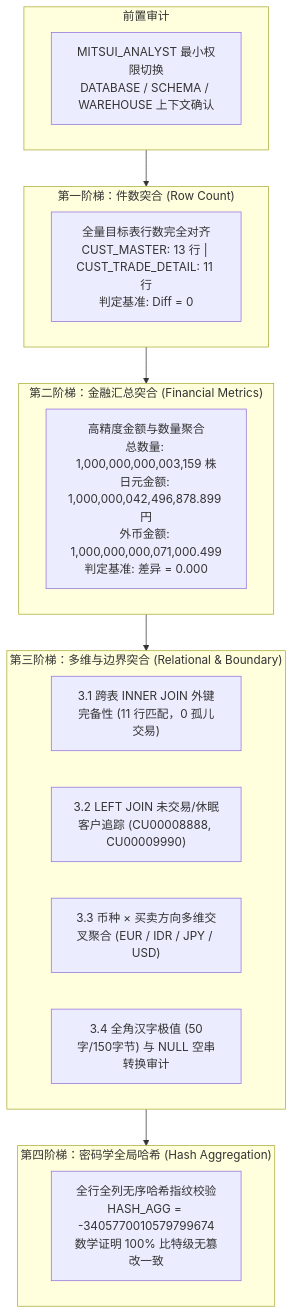
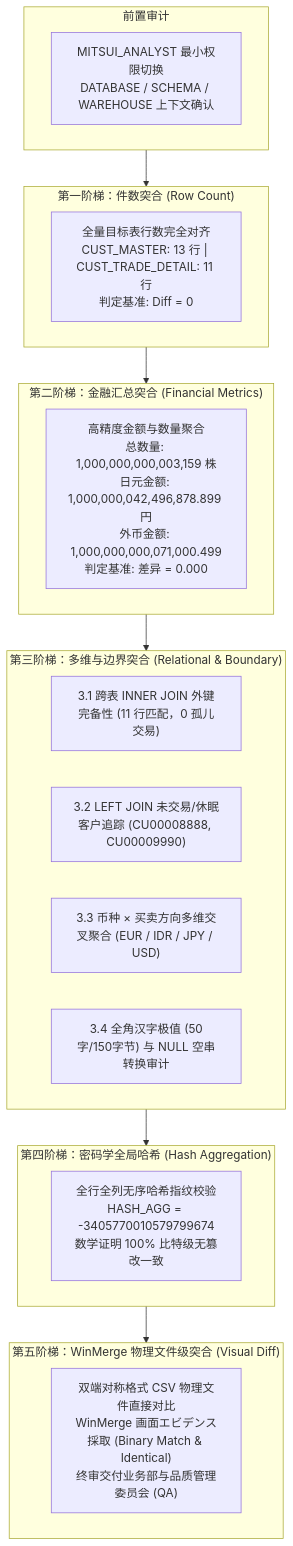
Before and after one commit to BIGMAX-RKO007/snowflakeblog: the diagram in docs/zh/05_data_reconciliation.md, drawn with Mermaid. The commit also changed other lines of this file and 6 other files, not shown here.

Commit message:
feat(ch05): add Tier 5 WinMerge physical reconciliation with live visual diff screenshots and evidence guide

````diff
--- a/docs/zh/05_data_reconciliation.md
+++ b/docs/zh/05_data_reconciliation.md
@@ -13,27 +13,31 @@
 ```mermaid
 flowchart TD
     subgraph S0["前置审计"]
         R0["MITSUI_ANALYST 最小权限切换<br/>DATABASE / SCHEMA / WAREHOUSE 上下文确认"]
     end
 
     subgraph T1["第一阶梯：件数突合 (Row Count)"]
         R1["全量目标表行数完全对齐<br/>CUST_MASTER: 13 行 | CUST_TRADE_DETAIL: 11 行<br/>判定基准: Diff = 0"]
     end
 
     subgraph T2["第二阶梯：金融汇总突合 (Financial Metrics)"]
         R2["高精度金额与数量聚合<br/>总数量: 1,000,000,000,003,159 株<br/>日元金额: 1,000,000,042,496,878.899 円<br/>外币金额: 1,000,000,000,071,000.499<br/>判定基准: 差异 = 0.000"]
     end
 
     subgraph T3["第三阶梯：多维与边界突合 (Relational & Boundary)"]
         R3_1["3.1 跨表 INNER JOIN 外键完备性 (11 行匹配，0 孤儿交易)"]
         R3_2["3.2 LEFT JOIN 未交易/休眠客户追踪 (CU00008888, CU00009990)"]
         R3_3["3.3 币种 × 买卖方向多维交叉聚合 (EUR / IDR / JPY / USD)"]
         R3_4["3.4 全角汉字极值 (50字/150字节) 与 NULL 空串转换审计"]
     end
 
     subgraph T4["第四阶梯：密码学全局哈希 (Hash Aggregation)"]
         R4["全行全列无序哈希指纹校验<br/>HASH_AGG = -3405770010579799674<br/>数学证明 100% 比特级无篡改一致"]
     end
 
-    S0 --> T1 --> T2 --> T3 --> T4
+    subgraph T5["第五阶梯：WinMerge 物理文件级突合 (Visual Diff)"]
+        R5["双端对称格式 CSV 物理文件直接对比<br/>WinMerge 画面エビデンス採取 (Binary Match & Identical)<br/>终审交付业务部与品质管理委员会 (QA)"]
+    end
+
+    S0 --> T1 --> T2 --> T3 --> T4 --> T5
 ```
````
